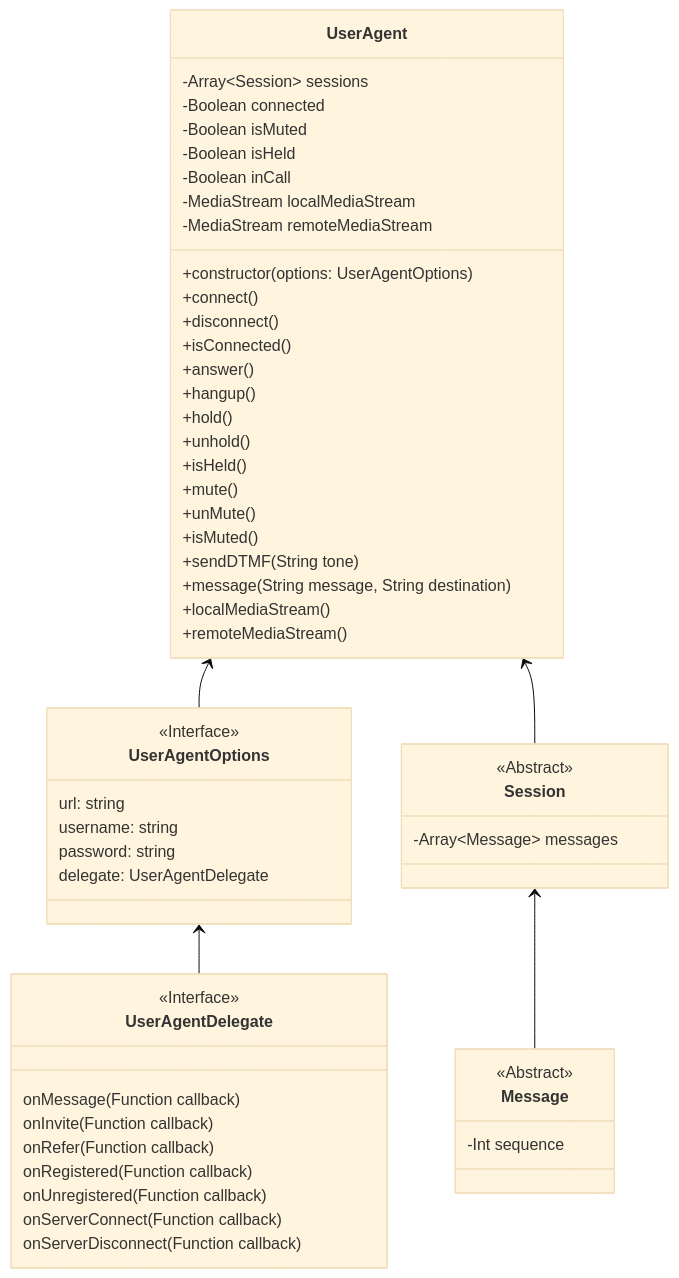
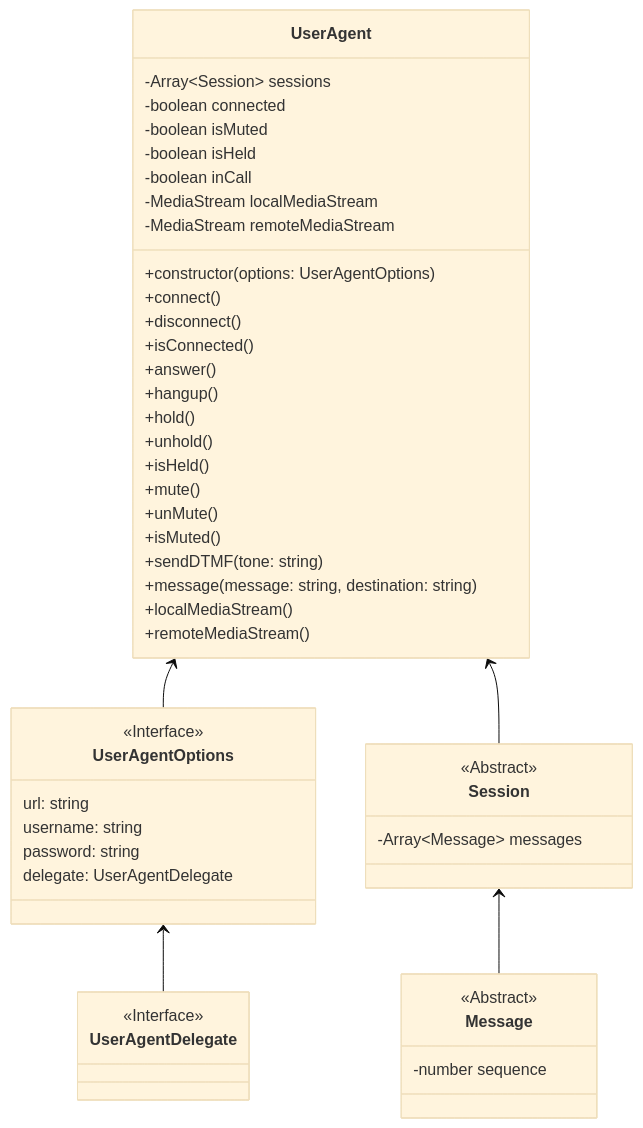
One commit to martin-juul/sip-ua changed the first of 4 diagrams in docs/src/case/README.md. Above: the diagram before and after it, drawn with Mermaid.

Commit message:
docs: classDiagram: use typescript typings

````diff
--- a/docs/src/case/README.md
+++ b/docs/src/case/README.md
@@ -93,62 +93,55 @@
 ```mermaid
 %%{init: {'theme':'base', "securityLevel": "loose"}}%%
 
 classDiagram
     UserAgent <-- UserAgentOptions
     class UserAgent{
         -Array~Session~ sessions
-        -Boolean connected
-        -Boolean isMuted
-        -Boolean isHeld
-        -Boolean inCall
+        -boolean connected
+        -boolean isMuted
+        -boolean isHeld
+        -boolean inCall
         -MediaStream localMediaStream
         -MediaStream remoteMediaStream
         
         +constructor(options: UserAgentOptions)
 
         +connect()
         +disconnect()
         +isConnected()
         +answer()
         +hangup()
         +hold()
         +unhold()
         +isHeld()
         +mute()
         +unMute()
         +isMuted()
-        +sendDTMF(String tone)
-        +message(String message, String destination)
+        +sendDTMF(tone: string)
+        +message(message: string, destination: string)
         
         +localMediaStream()
         +remoteMediaStream()
     }
     class UserAgentOptions{
         <<Interface>>
         url: string
         username: string
         password: string
         delegate: UserAgentDelegate
     }
     UserAgentOptions <-- UserAgentDelegate
     class UserAgentDelegate{
         <<Interface>>
-        onMessage(Function callback)
-        onInvite(Function callback)
-        onRefer(Function callback)
-        onRegistered(Function callback)
-        onUnregistered(Function callback)
-        onServerConnect(Function callback)
-        onServerDisconnect(Function callback)
     }
     UserAgent <-- Session
     class Session{
         <<Abstract>>
         -Array~Message~ messages
     }
     Session <-- Message
     class Message{
         <<Abstract>>
-        -Int sequence
+        -number sequence
     }
 ```
````
